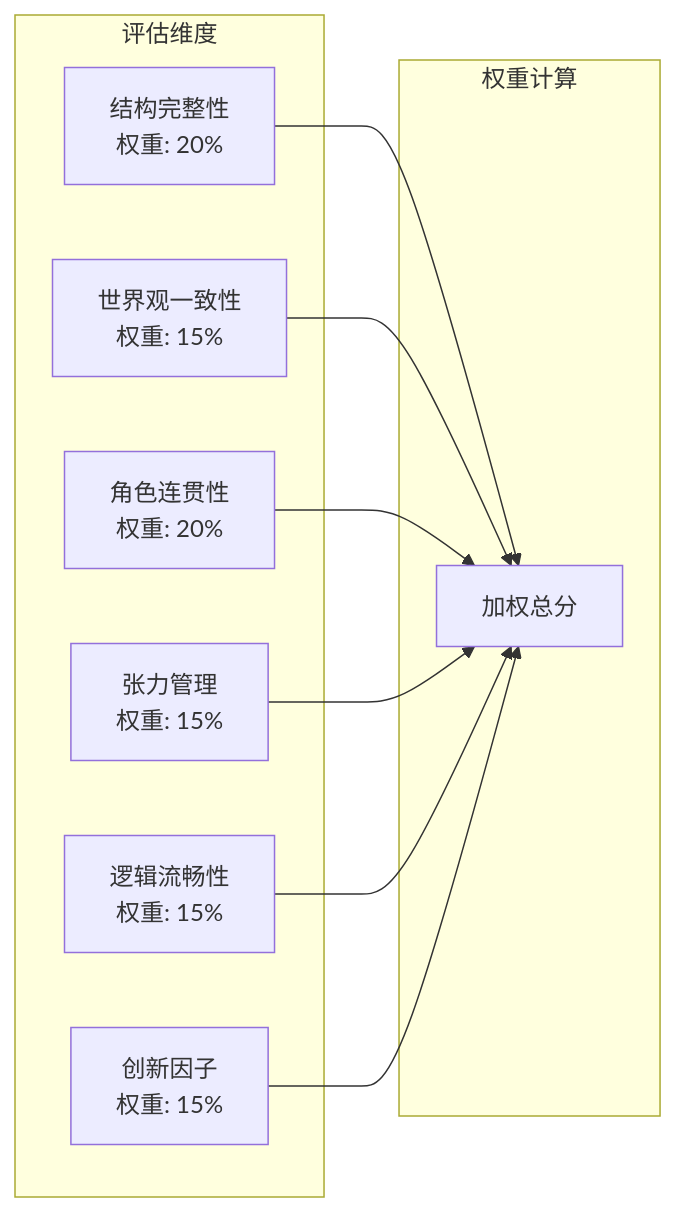
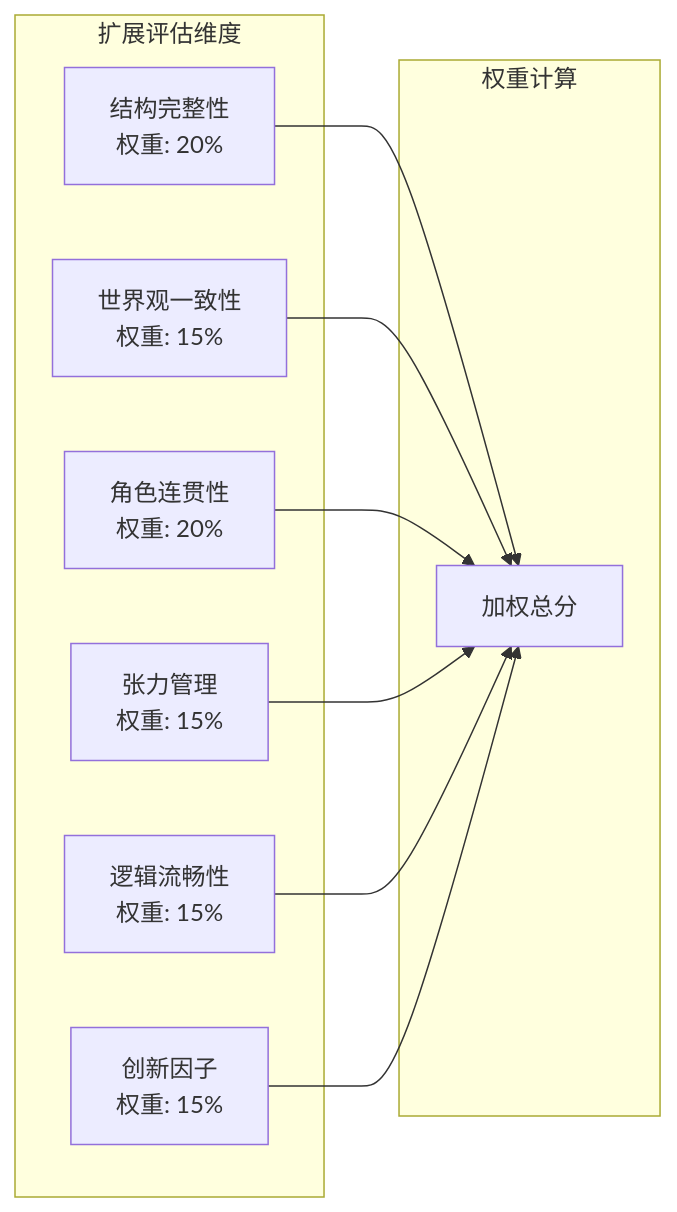
One commit to xfbyxq/ai-novel-system changed the fourth of 9 diagrams in .qoder/repowiki/zh/content/AI智能体系统/智能大纲完善系统.md. Above: the diagram before and after it, drawn with Mermaid. The commit also changed other lines of this file and 8 other files, not shown here.

````diff
--- a/.qoder/repowiki/zh/content/AI智能体系统/智能大纲完善系统.md
+++ b/.qoder/repowiki/zh/content/AI智能体系统/智能大纲完善系统.md
@@ -250,19 +302,19 @@
 ```mermaid
 graph LR
-subgraph "评估维度"
+subgraph "扩展评估维度"
 SC[结构完整性<br/>权重: 20%]
 WC[世界观一致性<br/>权重: 15%]
 CC[角色连贯性<br/>权重: 20%]
 TM[张力管理<br/>权重: 15%]
 LF[逻辑流畅性<br/>权重: 15%]
 IF[创新因子<br/>权重: 15%]
 end
 subgraph "权重计算"
 SC --> Total[加权总分]
 WC --> Total
 CC --> Total
 TM --> Total
 LF --> Total
 IF --> Total
 end
 ```
````
